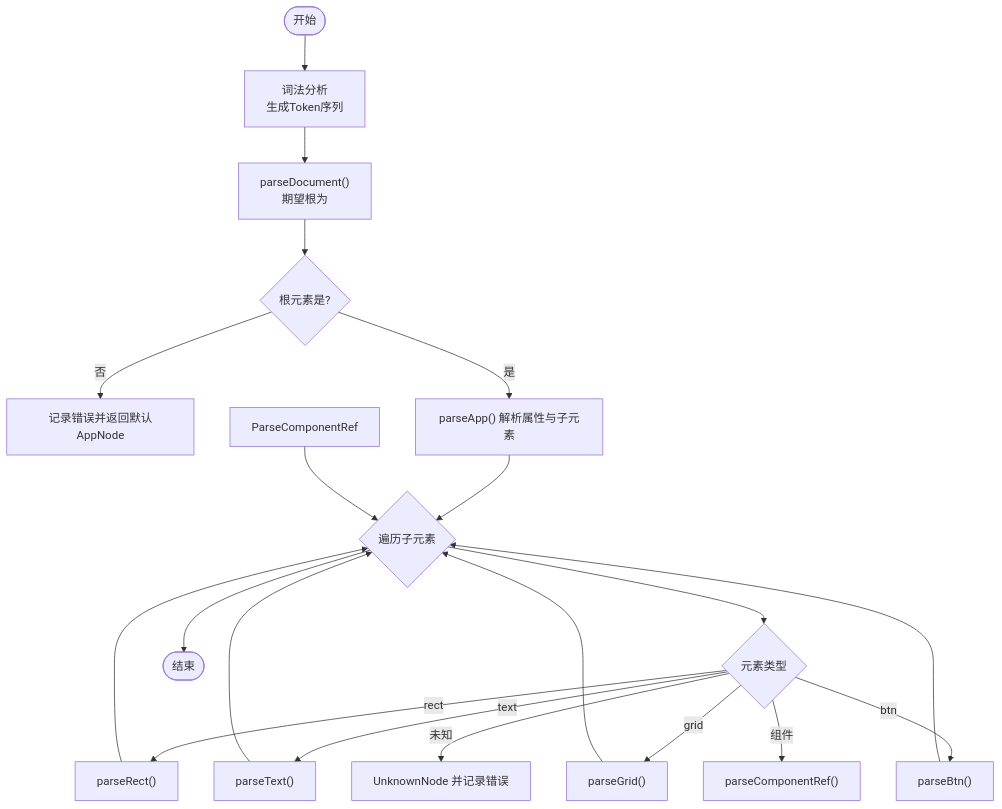
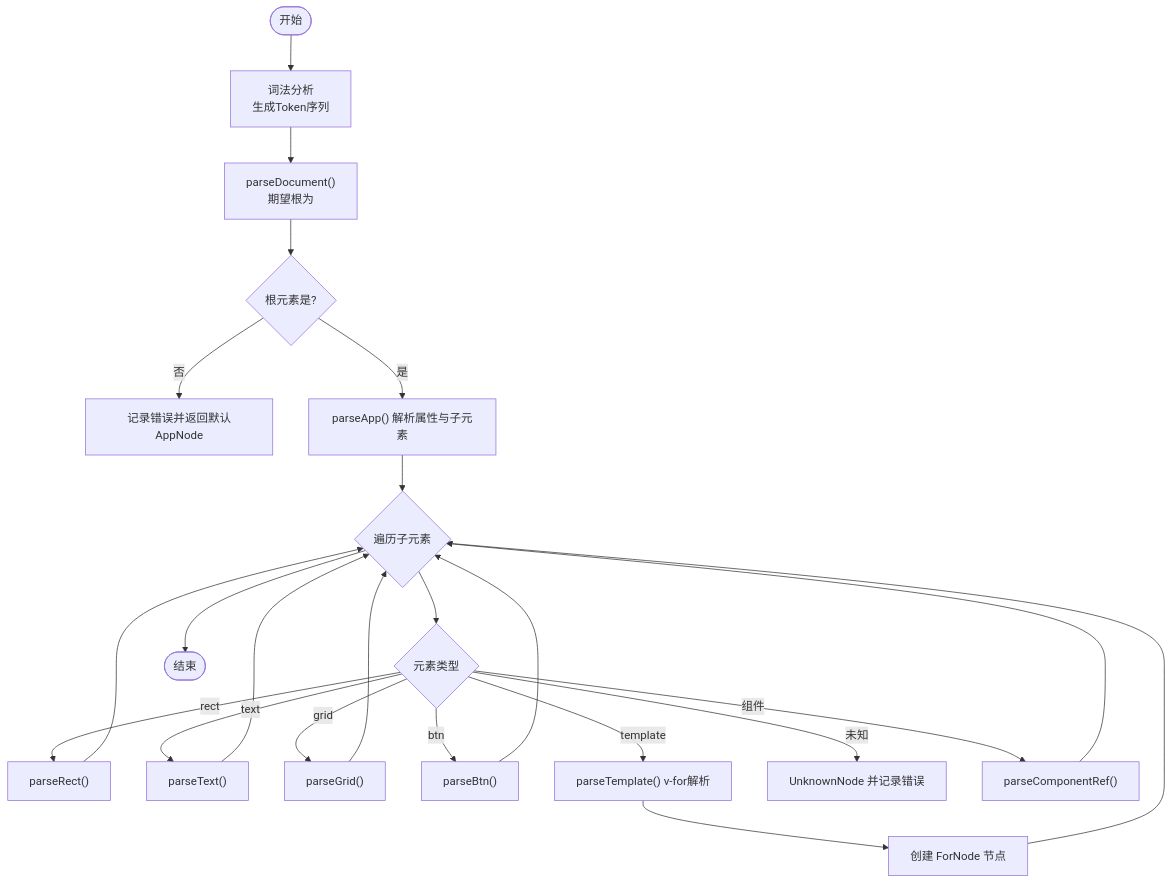
Before and after one commit to xingye00186/PUI: the third of 8 diagrams in .qoder/repowiki/zh/content/SFC编译器技术/模板解析器.md, drawn with Mermaid. The commit also changed other lines of this file and 10 other files, not shown here.

````diff
--- a/.qoder/repowiki/zh/content/SFC编译器技术/模板解析器.md
+++ b/.qoder/repowiki/zh/content/SFC编译器技术/模板解析器.md
@@ -158,22 +175,25 @@
 ```mermaid
 flowchart TD
 Start(["开始"]) --> Tokenize["词法分析<br/>生成Token序列"]
 Tokenize --> ParseDoc["parseDocument()<br/>期望根为<app>"]
 ParseDoc --> RootCheck{"根元素是<app>?"}
 RootCheck --> |否| ErrorRoot["记录错误并返回默认AppNode"]
 RootCheck --> |是| ParseApp["parseApp() 解析属性与子元素"]
 ParseApp --> ChildrenLoop{"遍历子元素"}
 ChildrenLoop --> ElemType{"元素类型"}
 ElemType --> |rect| ParseRect["parseRect()"]
 ElemType --> |text| ParseText["parseText()"]
 ElemType --> |grid| ParseGrid["parseGrid()"]
 ElemType --> |btn| ParseBtn["parseBtn()"]
+ElemType --> |template| ParseTemplate["parseTemplate() v-for解析"]
 ElemType --> |未知| Unknown["UnknownNode 并记录错误"]
 ElemType --> |组件| CompRef["parseComponentRef()"]
 ParseRect --> ChildrenLoop
 ParseText --> ChildrenLoop
 ParseGrid --> ChildrenLoop
 ParseBtn --> ChildrenLoop
-ParseComponentRef --> ChildrenLoop
+ParseTemplate --> CreateForNode["创建 ForNode 节点"]
+CreateForNode --> ChildrenLoop
+CompRef --> ChildrenLoop
 ChildrenLoop --> Done(["结束"])
 ```
````
